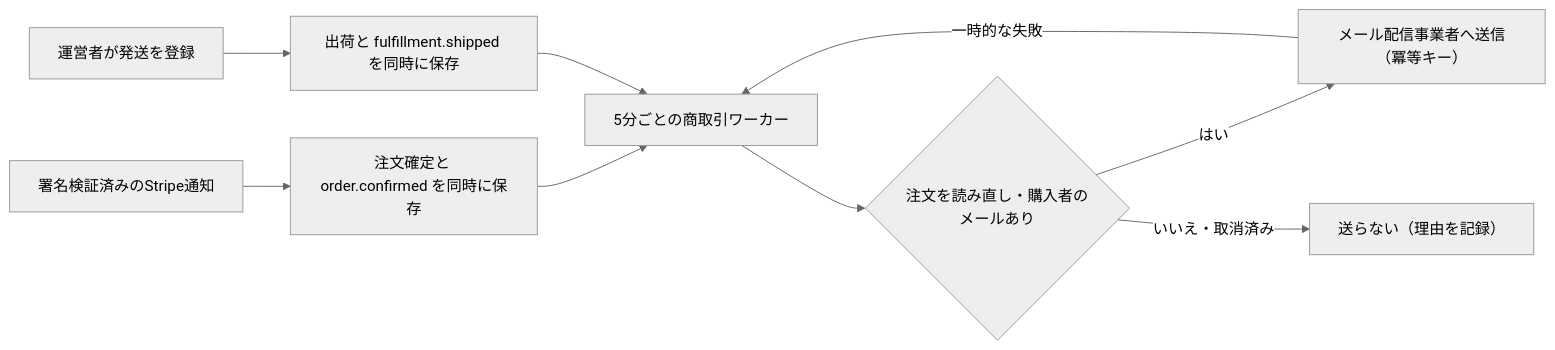
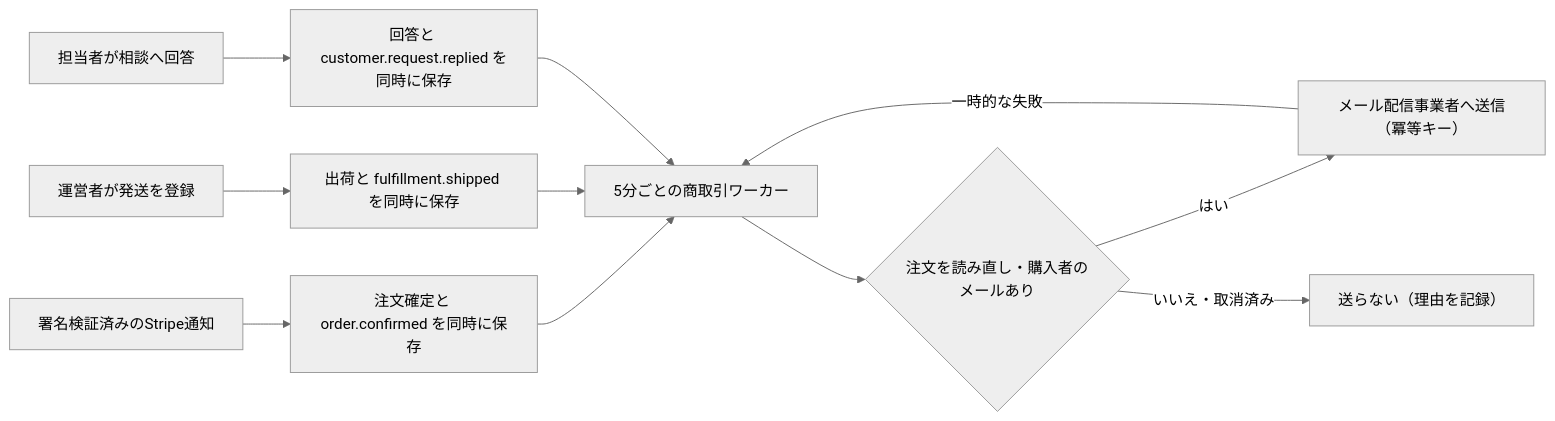
The diagram in docs/operations/NOTIFICATIONS.md (bright-broom/BloomBox_shop), drawn with Mermaid (neutral theme) before and after one commit. The commit also changed other lines of this file and 18 other files, not shown here.

````diff
--- a/docs/operations/NOTIFICATIONS.md
+++ b/docs/operations/NOTIFICATIONS.md
@@ -5,11 +5,13 @@
 ```mermaid
 flowchart LR
   A[署名検証済みのStripe通知] --> B[注文確定と order.confirmed を同時に保存]
   C[運営者が発送を登録] --> D[出荷と fulfillment.shipped を同時に保存]
+  I[担当者が相談へ回答] --> J[回答と customer.request.replied を同時に保存]
   B --> E[5分ごとの商取引ワーカー]
   D --> E
+  J --> E
   E --> F{注文を読み直し・購入者のメールあり}
   F -->|はい| G[メール配信事業者へ送信（冪等キー）]
   F -->|いいえ・取消済み| H[送らない（理由を記録）]
   G -->|一時的な失敗| E
 ```
````
